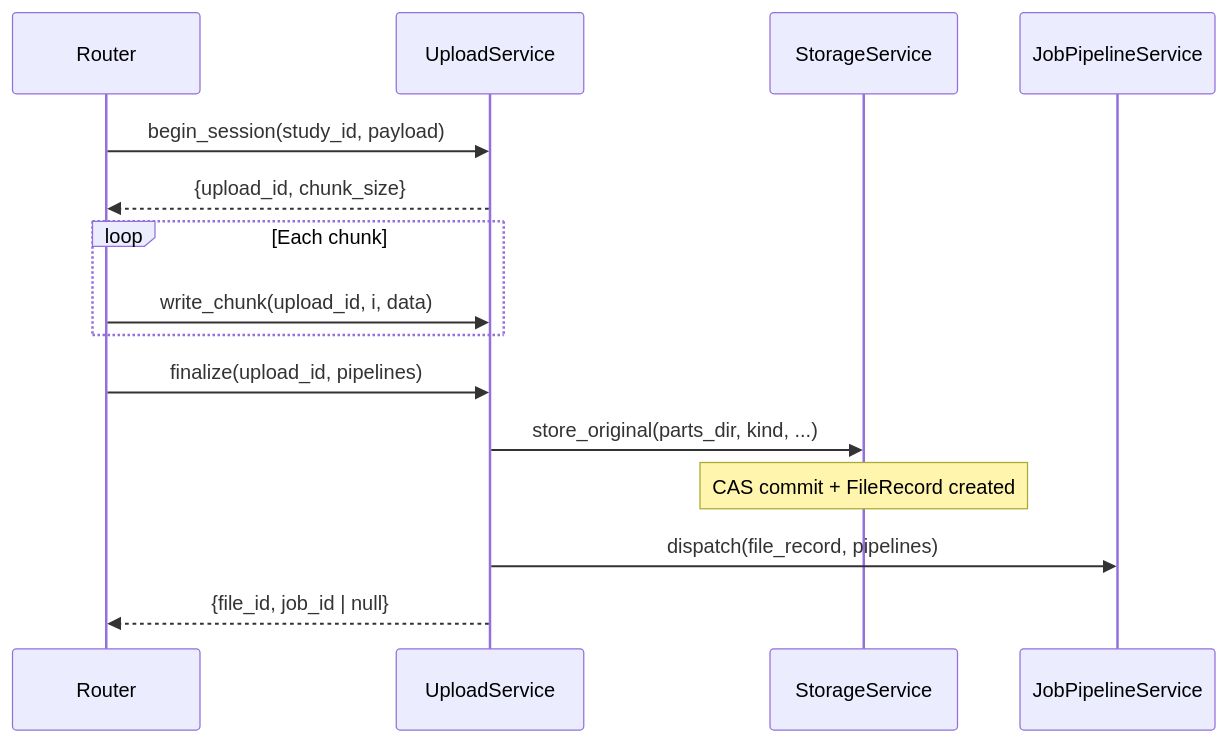
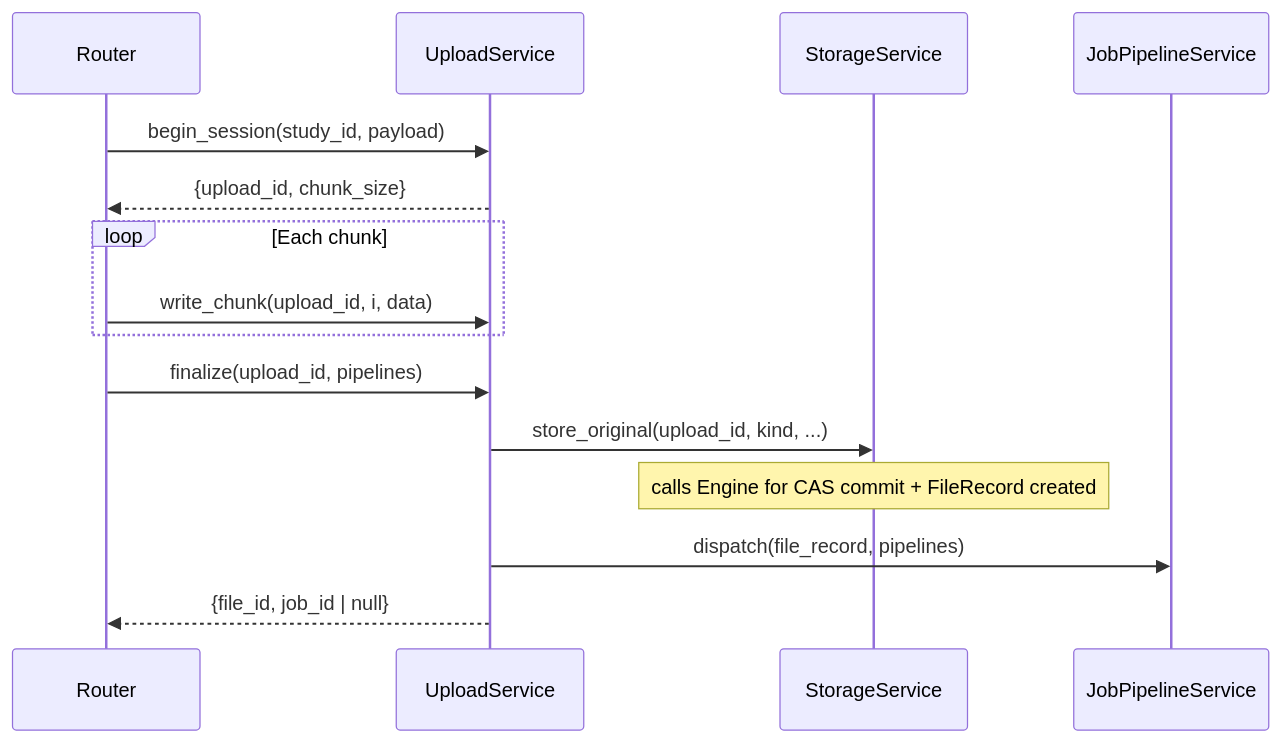
One commit to pFornagiel/toothviz changed the second of 5 diagrams in plans/architecture_reference.md. Above: the diagram before and after it, drawn with Mermaid. The commit also changed other lines of this file and 2 other files, not shown here.

````diff
--- a/plans/architecture_reference.md
+++ b/plans/architecture_reference.md
@@ -289,20 +280,20 @@
 ```mermaid
 sequenceDiagram
     participant Router
     participant UploadService
     participant StorageService
     participant JobPipelineService
 
     Router->>UploadService: begin_session(study_id, payload)
     UploadService-->>Router: {upload_id, chunk_size}
 
     loop Each chunk
         Router->>UploadService: write_chunk(upload_id, i, data)
     end
 
     Router->>UploadService: finalize(upload_id, pipelines)
-    UploadService->>StorageService: store_original(parts_dir, kind, ...)
-    Note over StorageService: CAS commit + FileRecord created
+    UploadService->>StorageService: store_original(upload_id, kind, ...)
+    Note over StorageService: calls Engine for CAS commit + FileRecord created
     UploadService->>JobPipelineService: dispatch(file_record, pipelines)
     UploadService-->>Router: {file_id, job_id | null}
 ```
````
